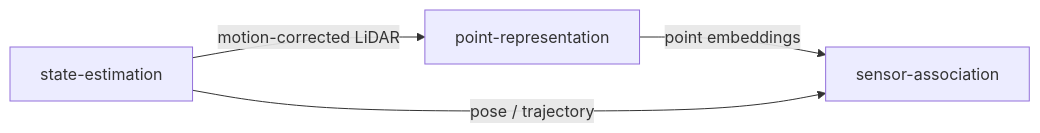
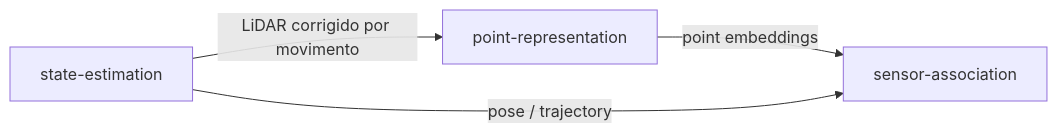
One commit to Alexandre-Tortoza/contextual-3d-mapping changed the third of 4 diagrams in modules/state-estimation/docs/architecture.md. Above: the diagram before and after it, drawn with Mermaid. The commit also changed other lines of this file and 279 other files, not shown here.

````diff
--- a/modules/state-estimation/docs/architecture.md
+++ b/modules/state-estimation/docs/architecture.md
@@ -67,6 +67,6 @@
 ```mermaid
 flowchart LR
-    SE[state-estimation] -->|motion-corrected LiDAR| PR[point-representation]
+    SE[state-estimation] -->|LiDAR corrigido por movimento| PR[point-representation]
     PR -->|point embeddings| SA[sensor-association]
     SE -->|pose / trajectory| SA
 ```
````
